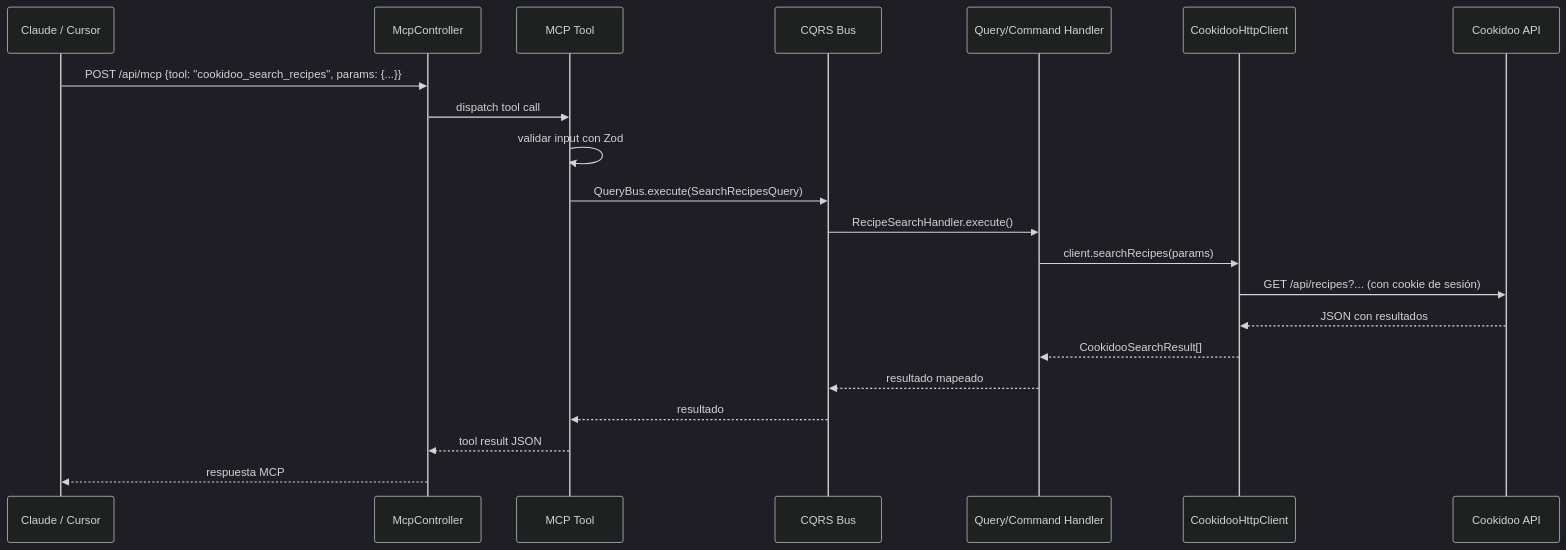
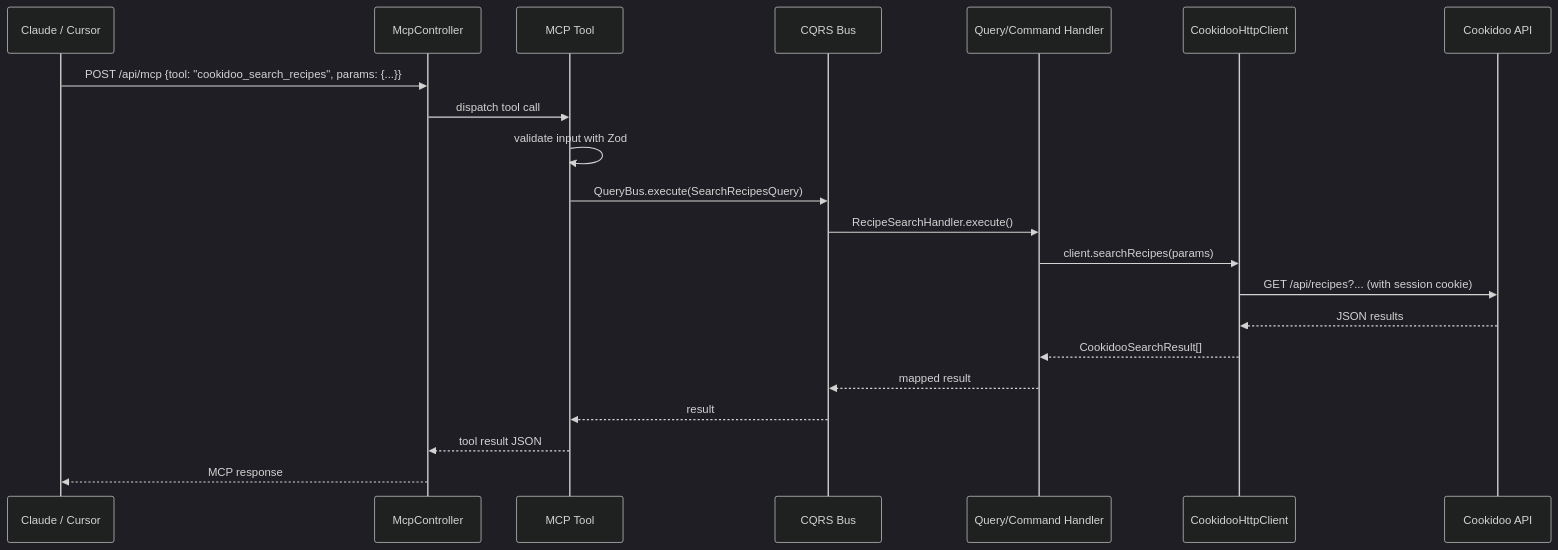
The second of 4 diagrams in docs/architecture.md (sisques-labs/cookidoo-mcp), drawn with Mermaid (dark theme) before and after one commit. The commit also changed other lines of this file, not shown here.

First line of the commit message:
docs: translate architecture diagram to English

````diff
--- a/docs/architecture.md
+++ b/docs/architecture.md
@@ -72,24 +72,24 @@
 ```mermaid
 sequenceDiagram
     participant AI as Claude / Cursor
     participant MCP as McpController
     participant Tool as MCP Tool
     participant Bus as CQRS Bus
     participant Handler as Query/Command Handler
     participant Client as CookidooHttpClient
     participant API as Cookidoo API
 
     AI->>MCP: POST /api/mcp {tool: "cookidoo_search_recipes", params: {...}}
     MCP->>Tool: dispatch tool call
-    Tool->>Tool: validar input con Zod
+    Tool->>Tool: validate input with Zod
     Tool->>Bus: QueryBus.execute(SearchRecipesQuery)
     Bus->>Handler: RecipeSearchHandler.execute()
     Handler->>Client: client.searchRecipes(params)
-    Client->>API: GET /api/recipes?... (con cookie de sesión)
-    API-->>Client: JSON con resultados
+    Client->>API: GET /api/recipes?... (with session cookie)
+    API-->>Client: JSON results
     Client-->>Handler: CookidooSearchResult[]
-    Handler-->>Bus: resultado mapeado
-    Bus-->>Tool: resultado
+    Handler-->>Bus: mapped result
+    Bus-->>Tool: result
     Tool-->>MCP: tool result JSON
-    MCP-->>AI: respuesta MCP
+    MCP-->>AI: MCP response
 ```
````
